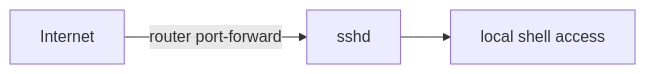
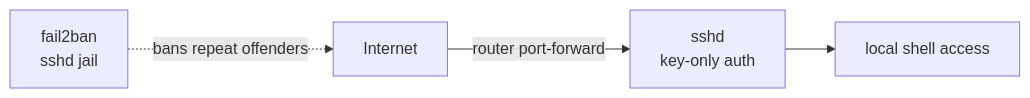
One commit to sillyash/homelab changed the diagram in services/ssh/README.md. Above: the diagram before and after it, drawn with Mermaid. The commit also changed other lines of this file and 4 other files, not shown here.

First line of the commit message:
feat: harden SSH with key-only auth and fail2ban

````diff
--- a/services/ssh/README.md
+++ b/services/ssh/README.md
@@ -11,5 +11,6 @@
 ```mermaid
 graph LR
-    Internet -->|router port-forward| sshd["sshd"]
+    Internet -->|router port-forward| sshd["sshd<br>key-only auth"]
     sshd --> shell["local shell access"]
+    f2b["fail2ban<br>sshd jail"] -.->|bans repeat offenders| Internet
 ```
````
